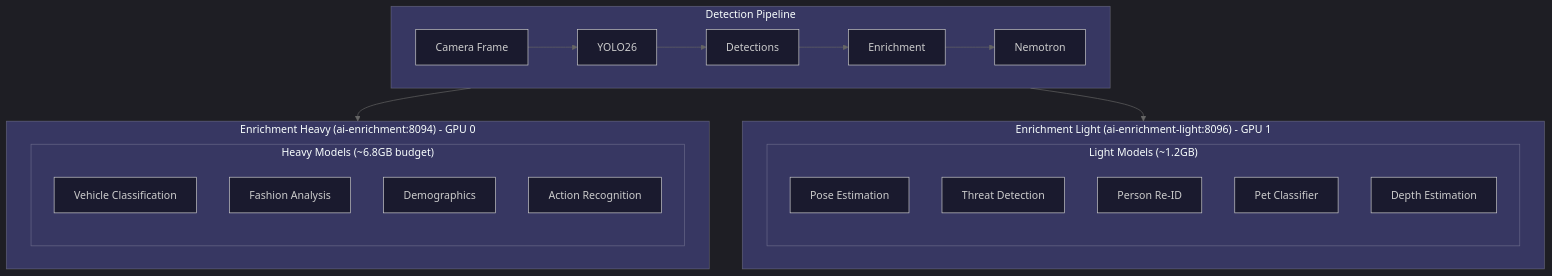
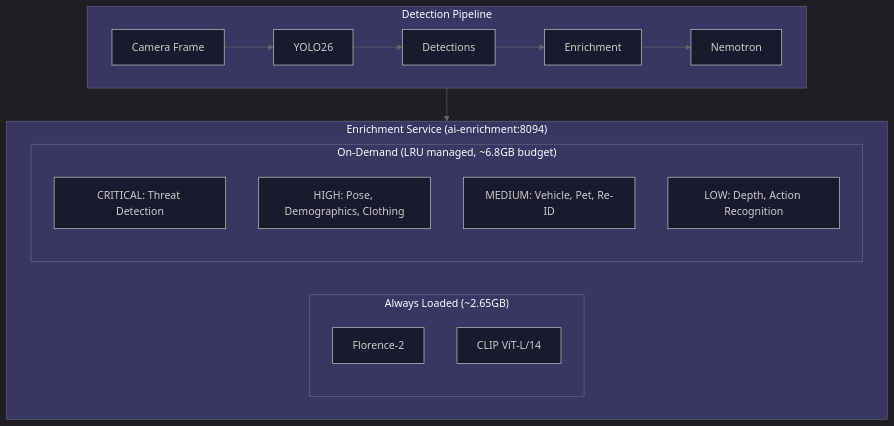
One commit to mikesvoboda/nemotron-v3-home-security-intelligence changed the first of 2 diagrams in docs/ai/model-zoo.md. Above: the diagram before and after it, drawn with Mermaid. The commit also changed other lines of this file and 1 other file, not shown here.

First line of the commit message:
docs: convert ASCII diagrams to mermaid in AI pipeline docs (NEM-4025)

````diff
--- a/docs/ai/model-zoo.md
+++ b/docs/ai/model-zoo.md
@@ -14,44 +14,37 @@
 ```mermaid
 %%{init: {
   'theme': 'dark',
   'themeVariables': {
     'primaryColor': '#3B82F6',
     'primaryTextColor': '#FFFFFF',
     'primaryBorderColor': '#60A5FA',
     'secondaryColor': '#A855F7',
     'tertiaryColor': '#009688',
     'background': '#121212',
     'mainBkg': '#1a1a2e',
     'lineColor': '#666666'
   }
 }}%%
 flowchart TB
     subgraph Pipeline["Detection Pipeline"]
         CAM[Camera Frame] --> YOLO[YOLO26]
         YOLO --> DET[Detections]
         DET --> ENR[Enrichment]
         ENR --> NEM[Nemotron]
     end
 
-    subgraph EnrichmentHeavy["Enrichment Heavy (ai-enrichment:8094) - GPU 0"]
-        subgraph HeavyModels["Heavy Models (~6.8GB budget)"]
-            VEHICLE[Vehicle Classification]
-            FASHION[Fashion Analysis]
-            DEMO[Demographics]
-            ACTION[Action Recognition]
+    subgraph Enrichment["Enrichment Service (ai-enrichment:8094)"]
+        subgraph Always["Always Loaded (~2.65GB)"]
+            FLOR[Florence-2]
+            CLIP[CLIP ViT-L/14]
+        end
+        subgraph OnDemand["On-Demand (LRU managed, ~6.8GB budget)"]
+            CRIT["CRITICAL: Threat Detection"]
+            HIGH["HIGH: Pose, Demographics, Clothing"]
+            MED["MEDIUM: Vehicle, Pet, Re-ID"]
+            LOW["LOW: Depth, Action Recognition"]
         end
     end
 
-    subgraph EnrichmentLight["Enrichment Light (ai-enrichment-light:8096) - GPU 1"]
-        subgraph LightModels["Light Models (~1.2GB)"]
-            POSE[Pose Estimation]
-            THREAT[Threat Detection]
-            REID[Person Re-ID]
-            PET[Pet Classifier]
-            DEPTH[Depth Estimation]
-        end
-    end
-
-    Pipeline --> EnrichmentHeavy
-    Pipeline --> EnrichmentLight
+    Pipeline --> Enrichment
 ```
````
